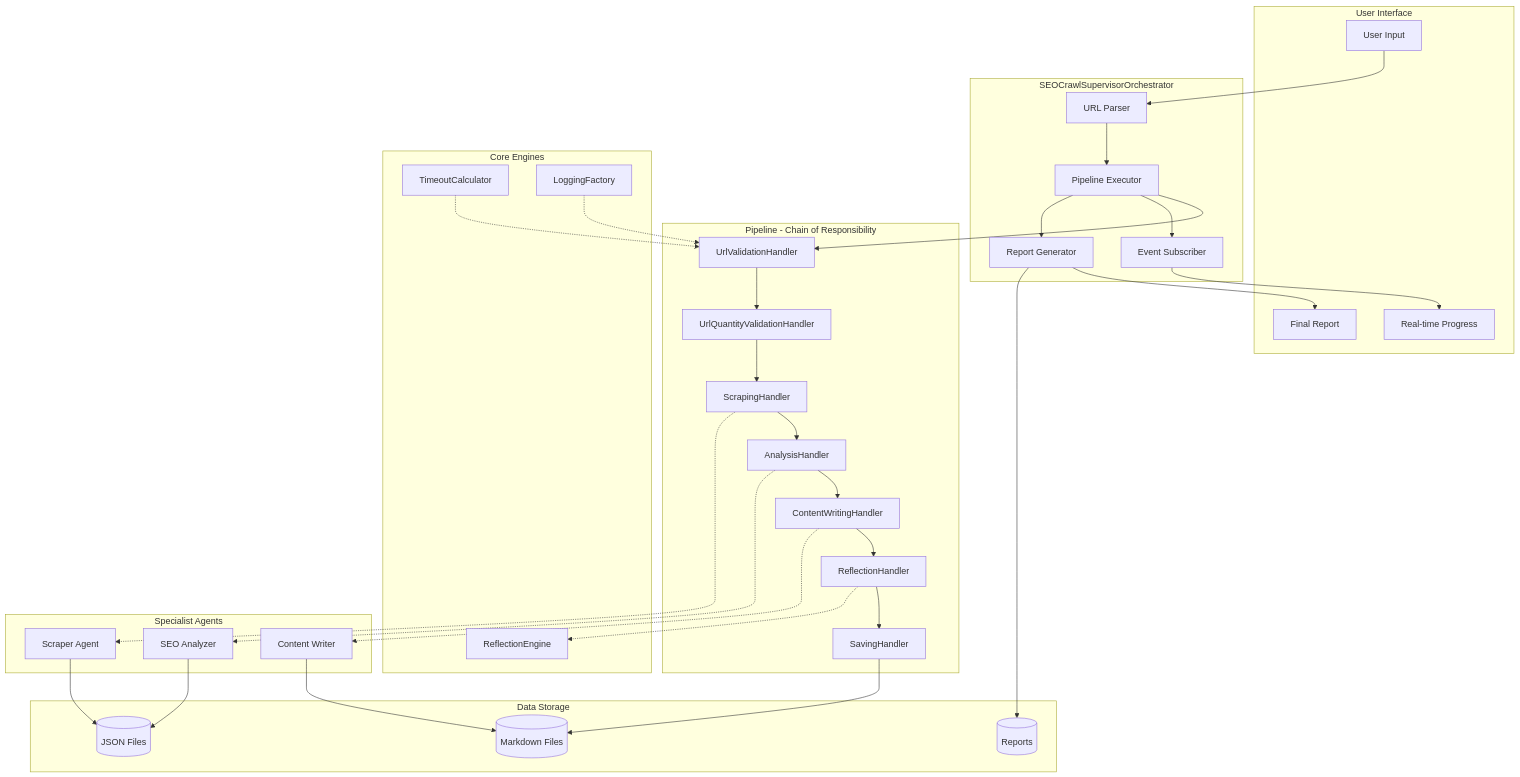
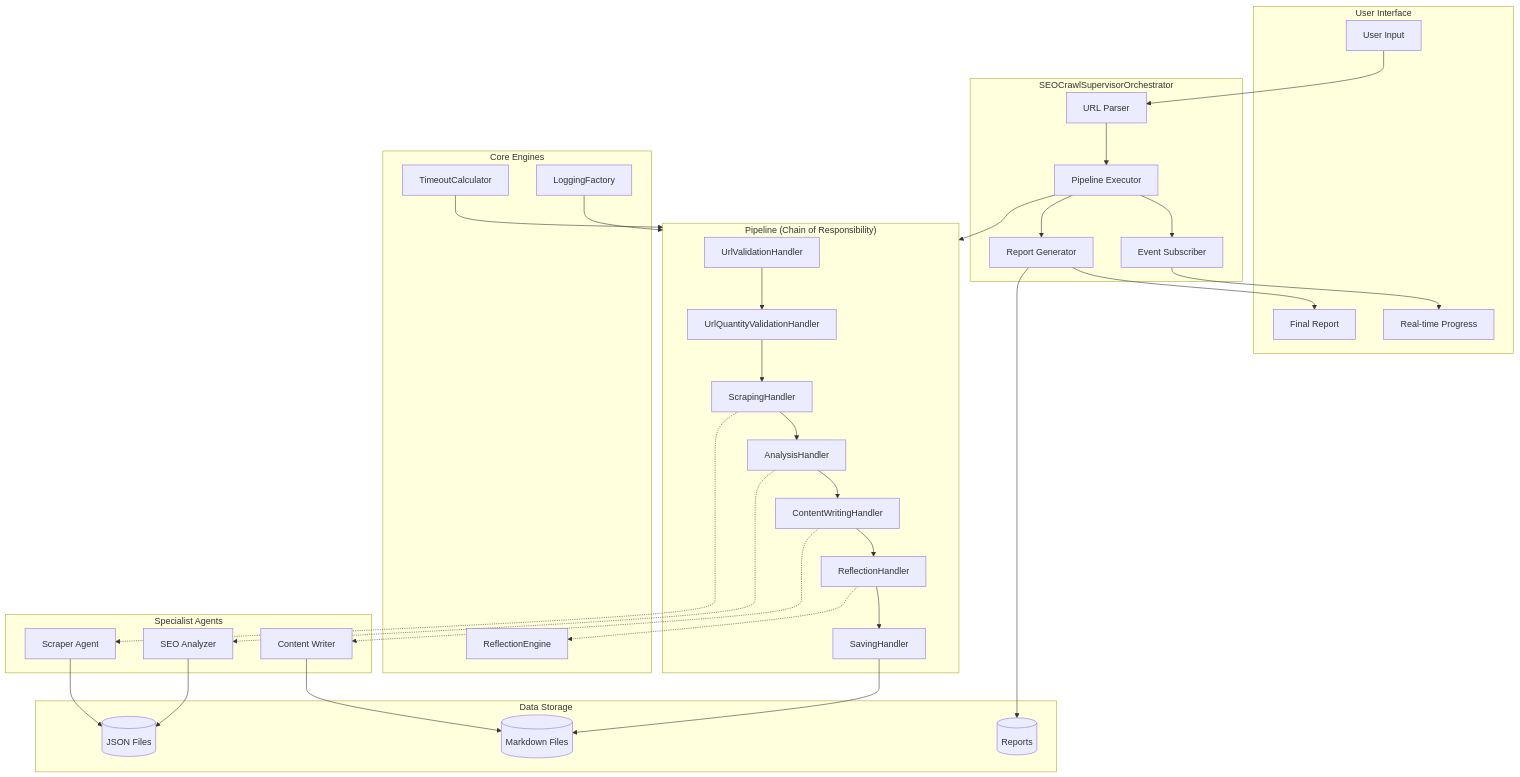
One commit to hoangnc/VNMLAgentFramework changed the first of 13 diagrams in SEO_Architecture_Design_VN.md. Above: the diagram before and after it, drawn with Mermaid. The commit also changed other lines of this file, not shown here.

````diff
--- a/SEO_Architecture_Design_VN.md
+++ b/SEO_Architecture_Design_VN.md
@@ -55,67 +56,63 @@
 ```mermaid
 flowchart TD
     subgraph UI["User Interface"]
-        A["User Input"]
-        B["Real-time Progress"]
-        C["Final Report"]
+        A[User Input]
+        B[Real-time Progress]
+        C[Final Report]
     end
 
-    subgraph ORCH["SEOCrawlSupervisorOrchestrator"]
-        D["URL Parser"]
-        E["Pipeline Executor"]
-        F["Event Subscriber"]
-        G["Report Generator"]
+    subgraph Orchestrator["SEOCrawlSupervisorOrchestrator"]
+        D[URL Parser]
+        E[Pipeline Executor]
+        F[Event Subscriber]
+        G[Report Generator]
     end
 
-    subgraph PIPE["Pipeline - Chain of Responsibility"]
+    subgraph Pipeline["Pipeline (Chain of Responsibility)"]
         H1["UrlValidationHandler"]
         H2["UrlQuantityValidationHandler"]
         H3["ScrapingHandler"]
         H4["AnalysisHandler"]
         H5["ContentWritingHandler"]
         H6["ReflectionHandler"]
         H7["SavingHandler"]
-        H1 --> H2 --> H3 --> H4 --> H5 --> H6 --> H7
     end
 
-    subgraph ENG["Core Engines"]
-        E1["TimeoutCalculator"]
-        E2["ReflectionEngine"]
-        E3["LoggingFactory"]
+    subgraph Engine["Core Engines"]
+        E1[TimeoutCalculator]
+        E2[ReflectionEngine]
+        E3[LoggingFactory]
     end
 
-    subgraph WORK["Specialist Agents"]
-        W1["Scraper Agent"]
-        W2["SEO Analyzer"]
-        W3["Content Writer"]
+    subgraph Workers["Specialist Agents"]
+        W1[Scraper Agent]
+        W2[SEO Analyzer]
+        W3[Content Writer]
     end
 
-    subgraph STORE["Data Storage"]
-        S1[("JSON Files")]
-        S2[("Markdown Files")]
-        S3[("Reports")]
+    subgraph Storage["Data Storage"]
+        S1[(JSON Files)]
+        S2[(Markdown Files)]
+        S3[(Reports)]
     end
 
     A --> D
     D --> E
-    E --> H1
-
+    E --> Pipeline
+    H1 --> H2 --> H3 --> H4 --> H5 --> H6 --> H7
     H3 -.-> W1
     H4 -.-> W2
     H5 -.-> W3
     H6 -.-> E2
-
     E --> F
     F --> B
     E --> G
     G --> C
-
-    E1 -.-> H1
-    E3 -.-> H1
-
+    E1 --> Pipeline
+    E3 --> Pipeline
     W1 --> S1
     W2 --> S1
     W3 --> S2
     H7 --> S2
     G --> S3
 ```
````
